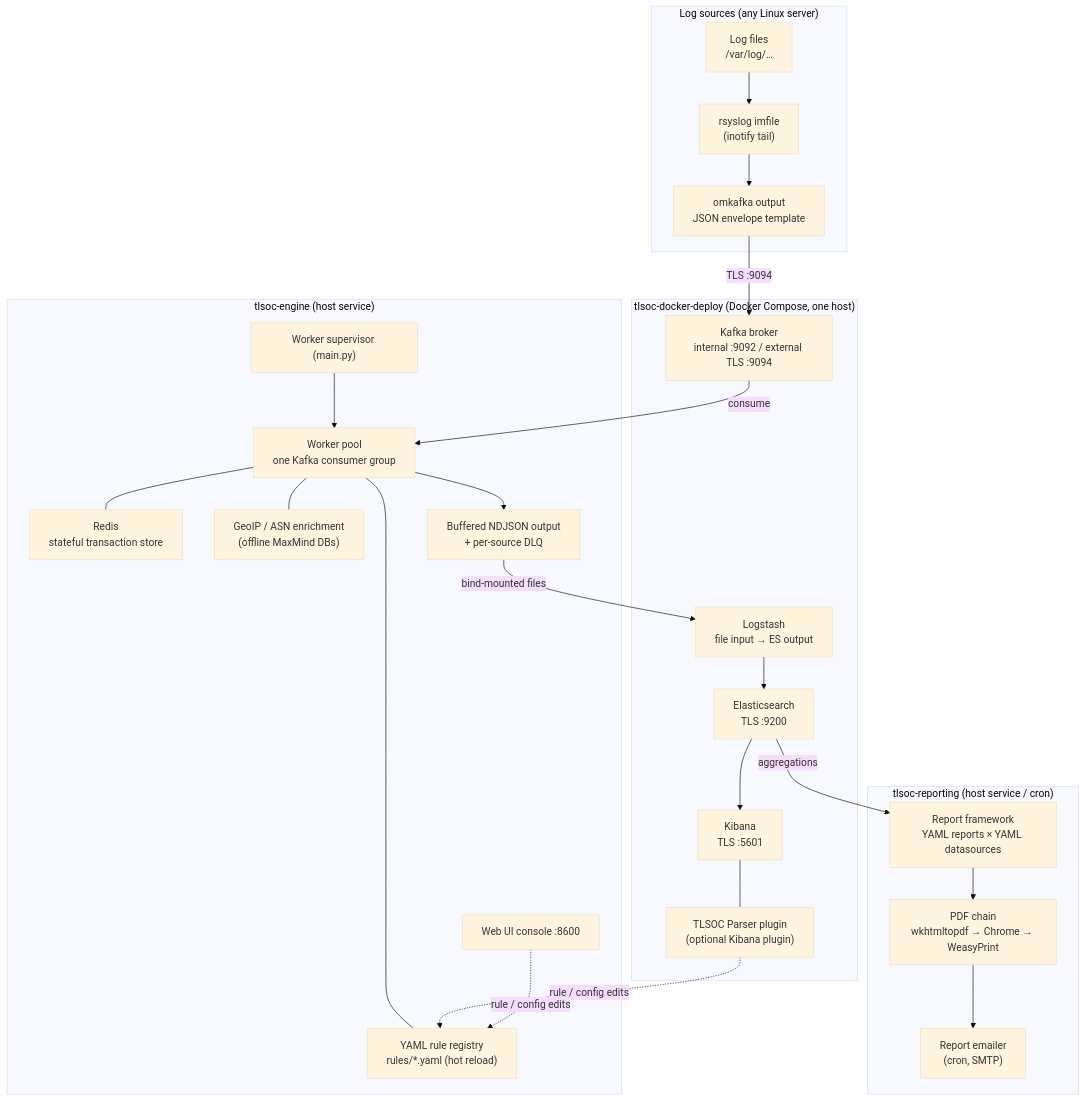
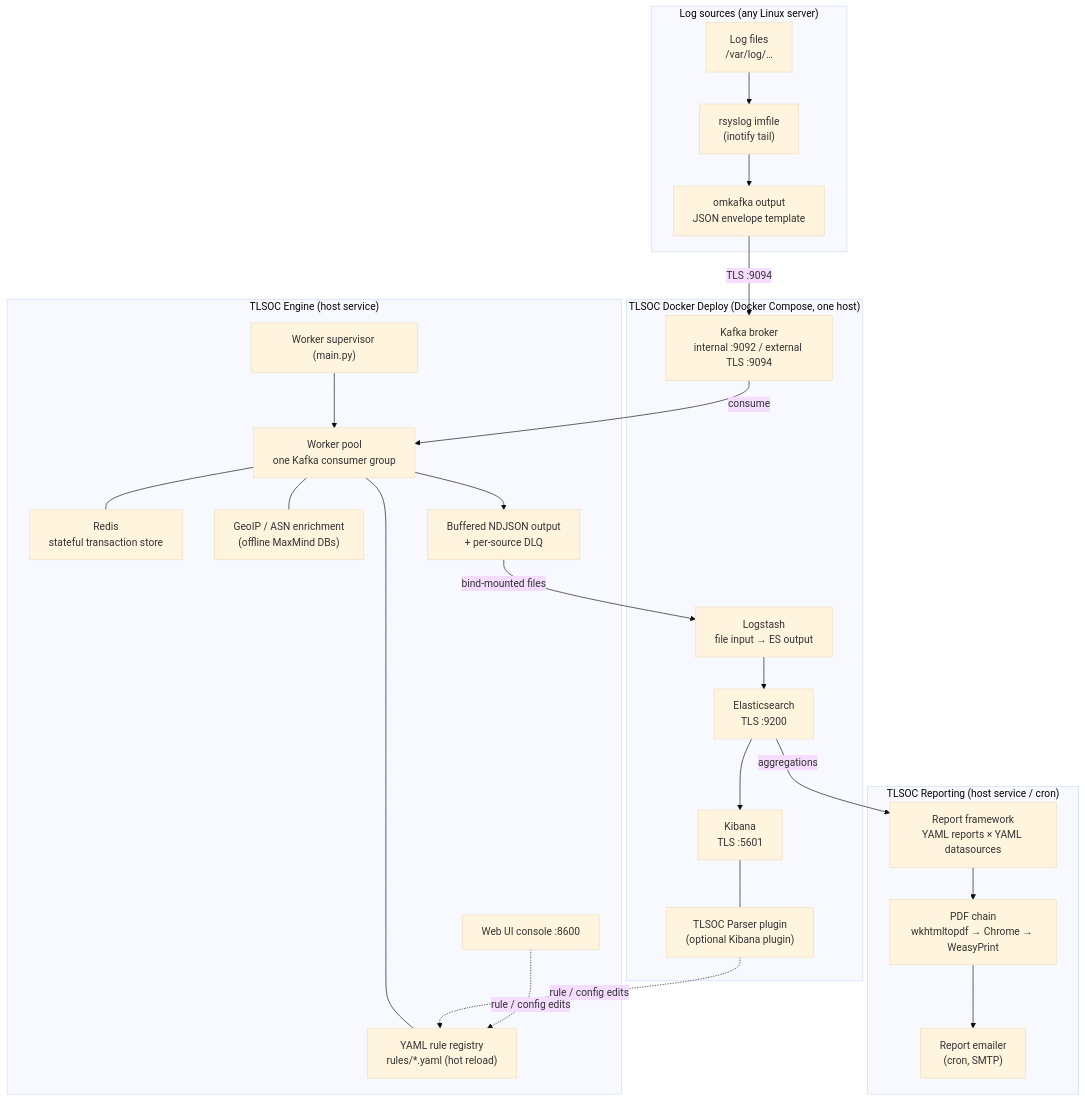
Before and after one commit to HelixY2J/Drishti: the second of 7 diagrams in docs/architecture.md, drawn with Mermaid (base theme). The commit also changed other lines of this file and 10 other files, not shown here.

````diff
--- a/docs/architecture.md
+++ b/docs/architecture.md
@@ -36,49 +36,49 @@
 ```mermaid
 flowchart TB
     subgraph src["Log sources (any Linux server)"]
         LOGFILES["Log files<br/>/var/log/…"]
         IMFILE["rsyslog imfile<br/>(inotify tail)"]
         OMKAFKA["omkafka output<br/>JSON envelope template"]
         LOGFILES --> IMFILE --> OMKAFKA
     end
 
-    subgraph deploy["tlsoc-docker-deploy (Docker Compose, one host)"]
+    subgraph deploy["TLSOC Docker Deploy (Docker Compose, one host)"]
         KAFKA["Kafka broker<br/>internal :9092 / external TLS :9094"]
         LOGSTASH["Logstash<br/>file input → ES output"]
         ELASTIC["Elasticsearch<br/>TLS :9200"]
         KIBANA["Kibana<br/>TLS :5601"]
         PLUGIN["TLSOC Parser plugin<br/>(optional Kibana plugin)"]
     end
 
-    subgraph engine["tlsoc-engine (host service)"]
+    subgraph engine["TLSOC Engine (host service)"]
         SUP["Worker supervisor (main.py)"]
         W["Worker pool<br/>one Kafka consumer group"]
         RULES["YAML rule registry<br/>rules/*.yaml (hot reload)"]
         REDIS["Redis<br/>stateful transaction store"]
         GEO["GeoIP / ASN enrichment<br/>(offline MaxMind DBs)"]
         OUT["Buffered NDJSON output<br/>+ per-source DLQ"]
         WEBUI["Web UI console :8600"]
         SUP --> W
         W --- RULES
         W --- REDIS
         W --- GEO
         W --> OUT
     end
 
-    subgraph reporting["tlsoc-reporting (host service / cron)"]
+    subgraph reporting["TLSOC Reporting (host service / cron)"]
         FRAME["Report framework<br/>YAML reports × YAML datasources"]
         PDF["PDF chain<br/>wkhtmltopdf → Chrome → WeasyPrint"]
         EMAILER["Report emailer<br/>(cron, SMTP)"]
         FRAME --> PDF --> EMAILER
     end
 
     OMKAFKA -- "TLS :9094" --> KAFKA
     KAFKA -- "consume" --> W
     OUT -- "bind-mounted files" --> LOGSTASH
     LOGSTASH --> ELASTIC
     ELASTIC --> KIBANA
     KIBANA --- PLUGIN
     PLUGIN -. "rule / config edits" .-> RULES
     WEBUI -. "rule / config edits" .-> RULES
     ELASTIC -- "aggregations" --> FRAME
 ```
````
